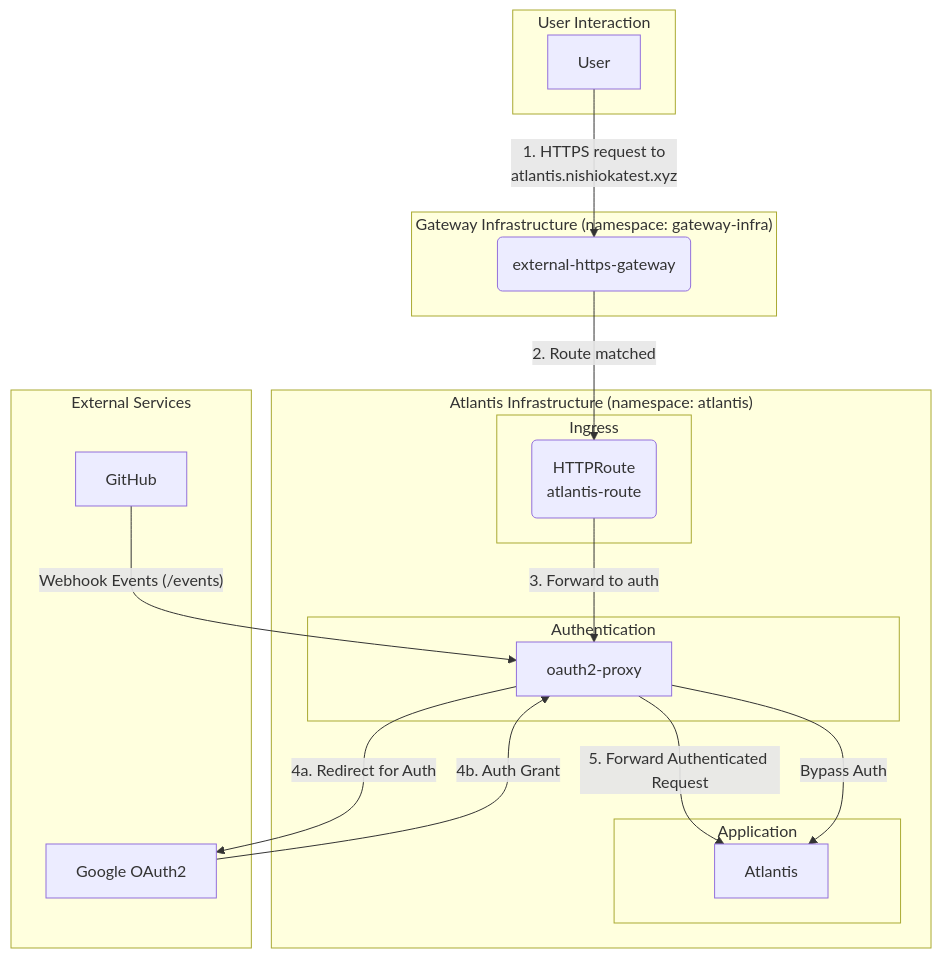
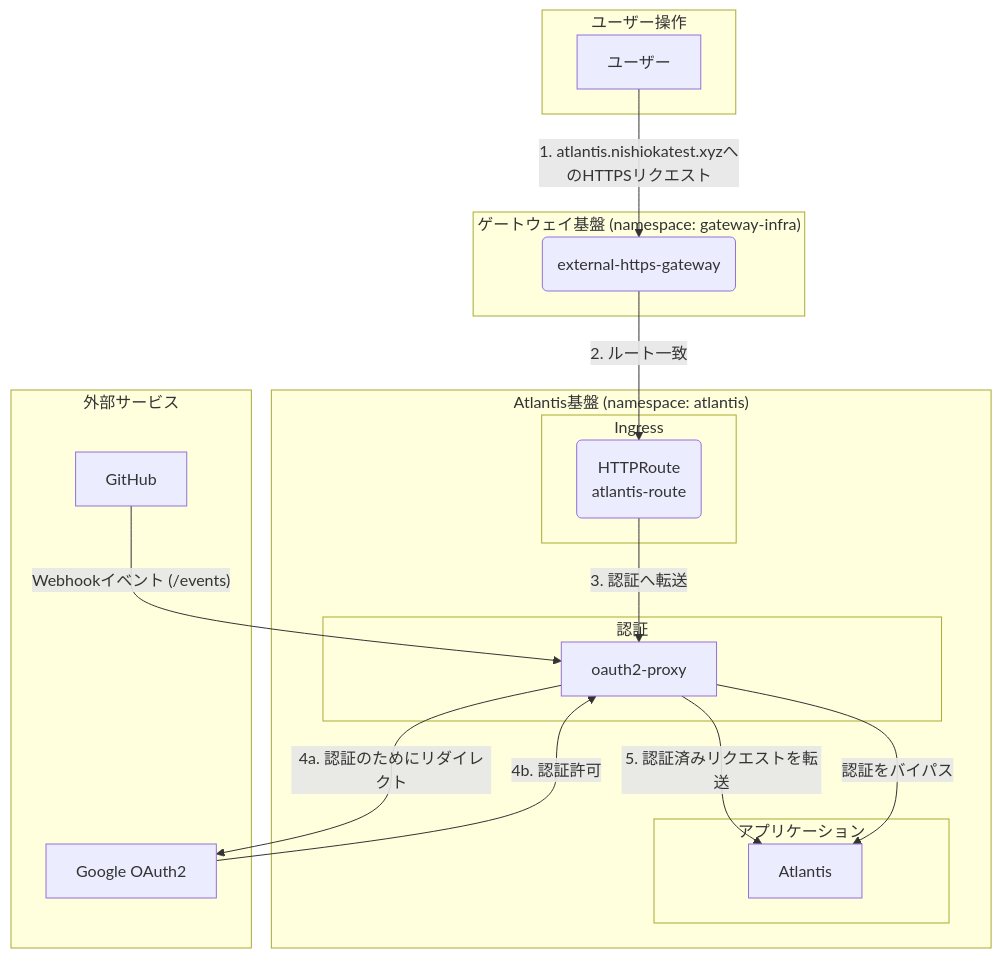
The diagram in docs/k8s/gcp/atlantis.md (nishioka-shinji/my_infra), drawn with Mermaid before and after one commit. The commit also changed other lines of this file, not shown here.

First line of the commit message:
docs: Translate Atlantis on GKE documentation to Japanese

````diff
--- a/docs/k8s/gcp/atlantis.md
+++ b/docs/k8s/gcp/atlantis.md
@@ -11,39 +8,39 @@
 ```mermaid
 graph TD
-    subgraph "User Interaction"
-        User[<fa:fa-user> User]
+    subgraph "ユーザー操作"
+        User[<fa:fa-user> ユーザー]
     end
 
-    subgraph "Gateway Infrastructure (namespace: gateway-infra)"
+    subgraph "ゲートウェイ基盤 (namespace: gateway-infra)"
         Gateway(external-https-gateway)
     end
 
-    subgraph "Atlantis Infrastructure (namespace: atlantis)"
+    subgraph "Atlantis基盤 (namespace: atlantis)"
         subgraph "Ingress"
             HTTPRoute(HTTPRoute <br> atlantis-route)
         end
 
-        subgraph "Authentication"
+        subgraph "認証"
             Oauth2Proxy[<fa:fa-shield-alt> oauth2-proxy]
         end
 
-        subgraph "Application"
+        subgraph "アプリケーション"
             Atlantis[<fa:fa-cogs> Atlantis]
         end
     end
 
-    subgraph "External Services"
+    subgraph "外部サービス"
       Google[<fa:fa-google> Google OAuth2]
       GitHub[<fa:fa-github> GitHub]
     end
 
 
-    User -- "1. HTTPS request to<br>atlantis.nishiokatest.xyz" --> Gateway
-    Gateway -- "2. Route matched" --> HTTPRoute
-    HTTPRoute -- "3. Forward to auth" --> Oauth2Proxy
-    Oauth2Proxy -- "4a. Redirect for Auth" --> Google
-    Google -- "4b. Auth Grant" --> Oauth2Proxy
-    Oauth2Proxy -- "5. Forward Authenticated Request" --> Atlantis
-    GitHub -- "Webhook Events (/events)" --> Oauth2Proxy
-    Oauth2Proxy -- "Bypass Auth" --> Atlantis
+    User -- "1. atlantis.nishiokatest.xyzへのHTTPSリクエスト" --> Gateway
+    Gateway -- "2. ルート一致" --> HTTPRoute
+    HTTPRoute -- "3. 認証へ転送" --> Oauth2Proxy
+    Oauth2Proxy -- "4a. 認証のためにリダイレクト" --> Google
+    Google -- "4b. 認証許可" --> Oauth2Proxy
+    Oauth2Proxy -- "5. 認証済みリクエストを転送" --> Atlantis
+    GitHub -- "Webhookイベント (/events)" --> Oauth2Proxy
+    Oauth2Proxy -- "認証をバイパス" --> Atlantis
 ```
````
